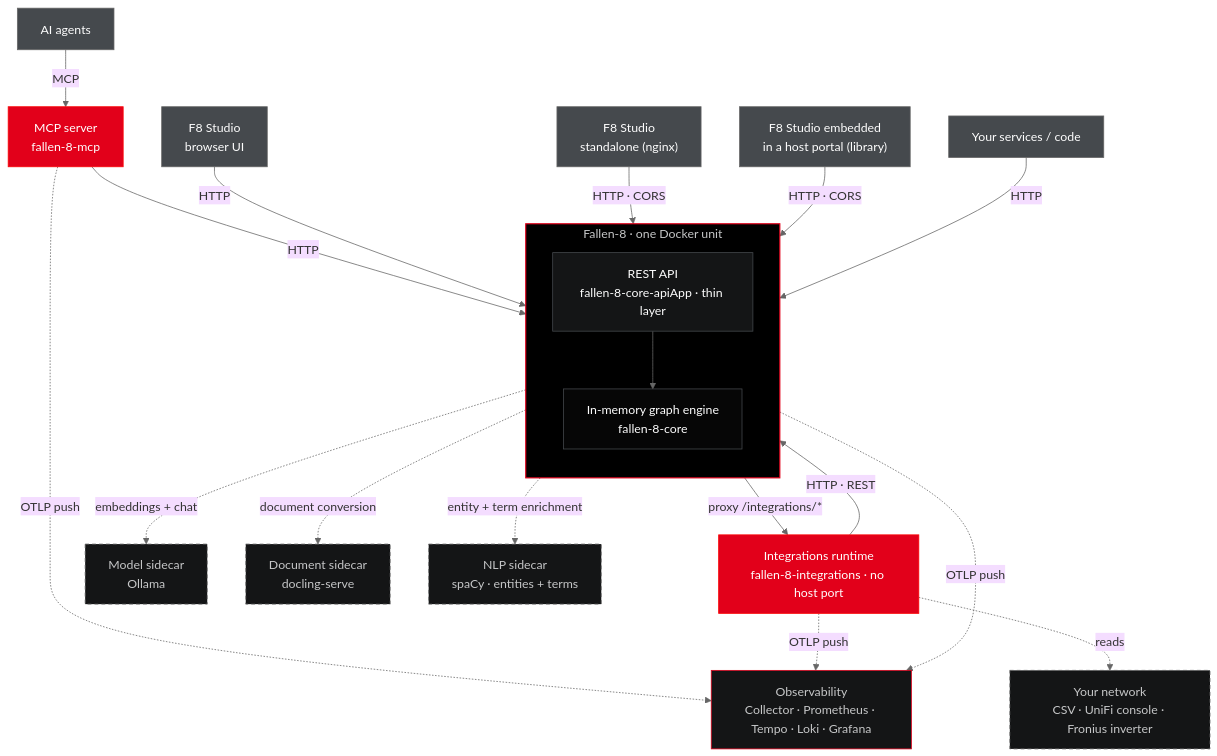
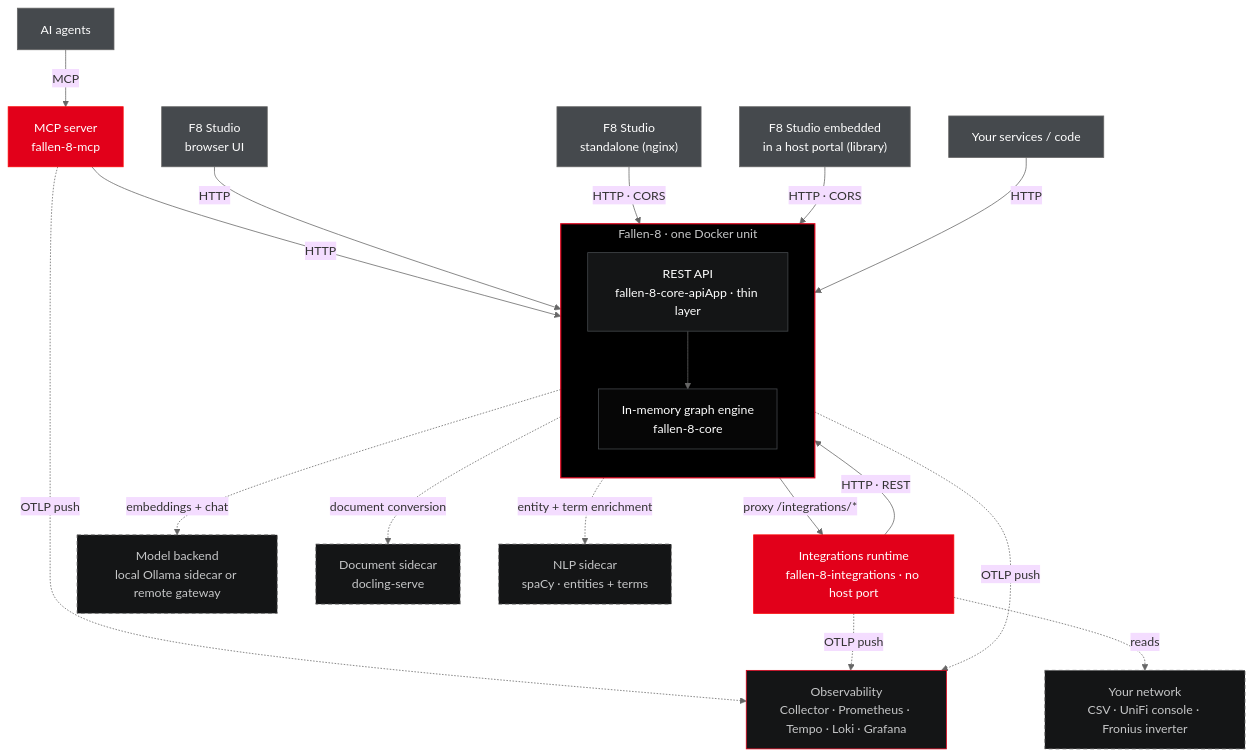
Before and after one commit to cosh/fallen-8-core: the diagram in README.md, drawn with Mermaid. The commit also changed other lines of this file and 47 other files, not shown here.

````diff
--- a/README.md
+++ b/README.md
@@ -122,49 +125,49 @@
 ```mermaid
 %%{init: {'theme':'base','themeVariables':{'fontFamily':'ui-monospace, SFMono-Regular, Menlo, Consolas, monospace','lineColor':'#666666'}}}%%
 flowchart TB
     agents["AI agents"]:::client
     studio["F8 Studio<br/>browser UI"]:::client
     uistandalone["F8 Studio<br/>standalone (nginx)"]:::client
     hostembed["F8 Studio embedded<br/>in a host portal (library)"]:::client
     services["Your services / code"]:::client
 
     mcp["MCP server<br/>fallen-8-mcp"]:::mcp
     integrations["Integrations runtime<br/>fallen-8-integrations · no host port"]:::mcp
 
     subgraph unit["Fallen-8 · one Docker unit"]
         direction TB
         rest["REST API<br/>fallen-8-core-apiApp · thin layer"]:::api
         engine["In-memory graph engine<br/>fallen-8-core"]:::engine
         rest --> engine
     end
 
-    sidecar["Model sidecar<br/>Ollama"]:::ext
+    sidecar["Model backend<br/>local Ollama sidecar or remote gateway"]:::ext
     docling["Document sidecar<br/>docling-serve"]:::ext
     nlp["NLP sidecar<br/>spaCy · entities + terms"]:::ext
     sources["Your network<br/>CSV · UniFi console · Fronius inverter"]:::ext
     obs["Observability<br/>Collector · Prometheus · Tempo · Loki · Grafana"]:::obs
 
     agents -->|MCP| mcp
     mcp -->|HTTP| rest
     studio -->|HTTP| rest
     uistandalone -->|HTTP · CORS| rest
     hostembed -->|HTTP · CORS| rest
     services -->|HTTP| rest
     rest -.->|embeddings + chat| sidecar
     rest -.->|document conversion| docling
     rest -.->|entity + term enrichment| nlp
     rest -.->|OTLP push| obs
     mcp -.->|OTLP push| obs
     rest -->|proxy /integrations/*| integrations
     integrations -->|HTTP · REST| rest
     integrations -.->|reads| sources
     integrations -.->|OTLP push| obs
 
     classDef client fill:#45494D,stroke:#666666,color:#FEFEFE
     classDef mcp fill:#E2001A,stroke:#FC0606,color:#FEFEFE
     classDef api fill:#141516,stroke:#45494D,color:#FEFEFE
     classDef engine fill:#060606,stroke:#45494D,color:#FEFEFE
     classDef ext fill:#141516,stroke:#666666,color:#C6C7C8,stroke-dasharray:5 4
     classDef obs fill:#141516,stroke:#E2001A,color:#C6C7C8
     style unit fill:#000000,stroke:#E2001A,stroke-width:1.5px,color:#C6C7C8
 ```
````
